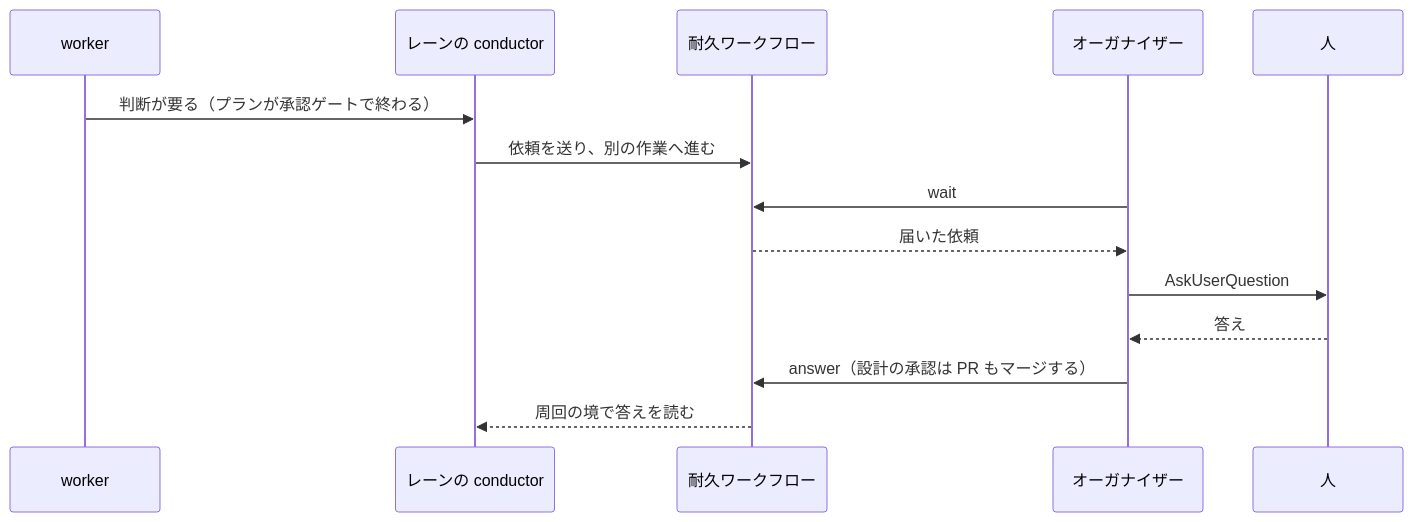
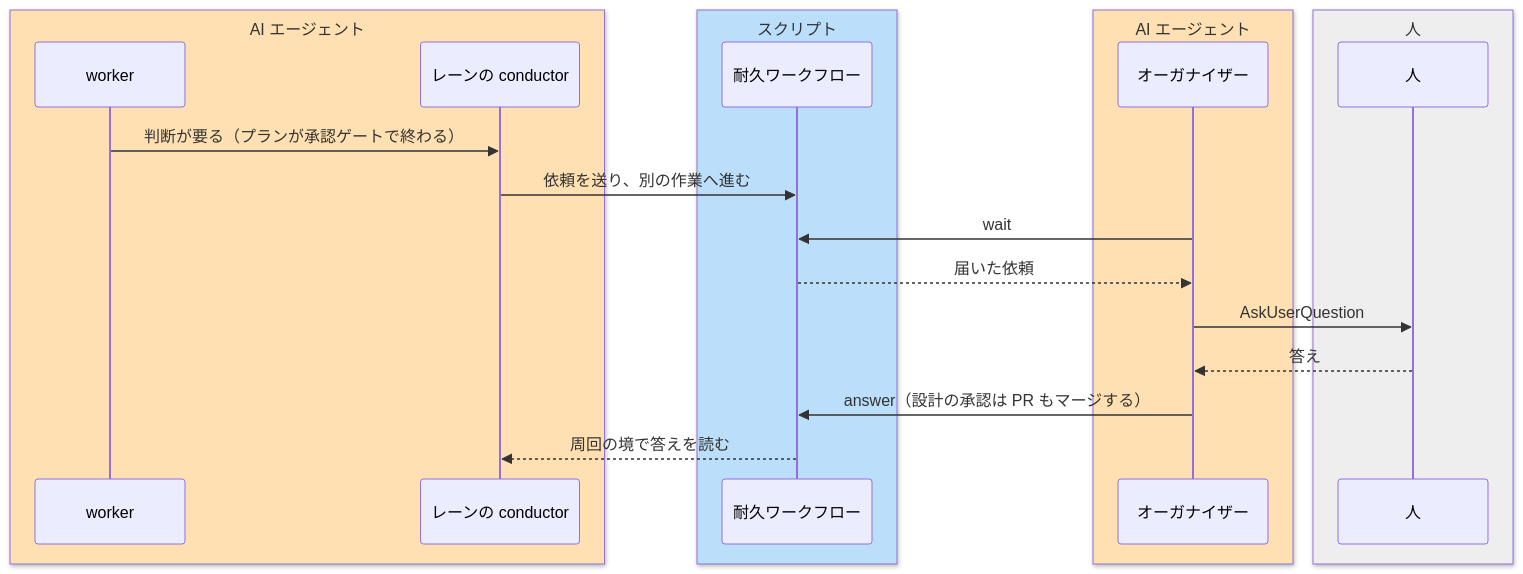
Before and after one commit to devbasex/ai-plugins: the third of 4 diagrams in docs/ndf-parallel-model.md, drawn with Mermaid. The commit also changed other lines of this file, not shown here.

First line of the commit message:
Docs: 図のスクリプトと AI エージェントを色で分ける

````diff
--- a/docs/ndf-parallel-model.md
+++ b/docs/ndf-parallel-model.md
@@ -115,16 +132,24 @@
 ```mermaid
 sequenceDiagram
+    box rgb(255,224,178) AI エージェント
     participant W as worker
     participant C as レーンの conductor
+    end
+    box rgb(187,222,251) スクリプト
     participant D as 耐久ワークフロー
+    end
+    box rgb(255,224,178) AI エージェント
     participant O as オーガナイザー
+    end
+    box rgb(238,238,238) 人
     participant H as 人
+    end
     W->>C: 判断が要る（プランが承認ゲートで終わる）
     C->>D: 依頼を送り、別の作業へ進む
     O->>D: wait
     D-->>O: 届いた依頼
     O->>H: AskUserQuestion
     H-->>O: 答え
     O->>D: answer（設計の承認は PR もマージする）
     D-->>C: 周回の境で答えを読む
 ```
````
